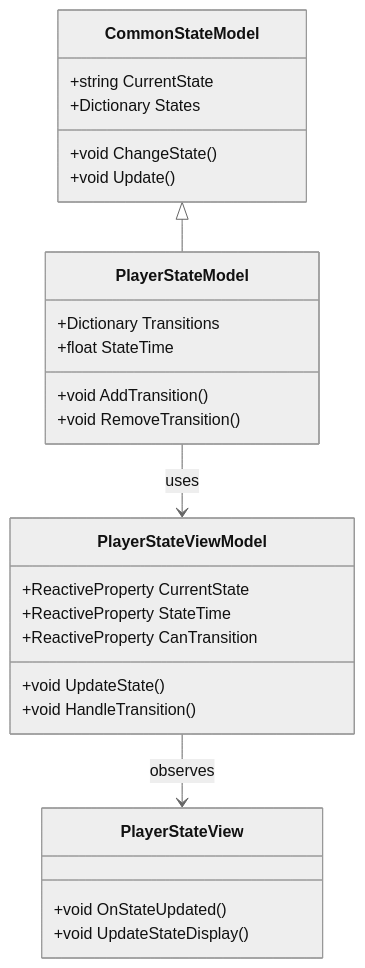
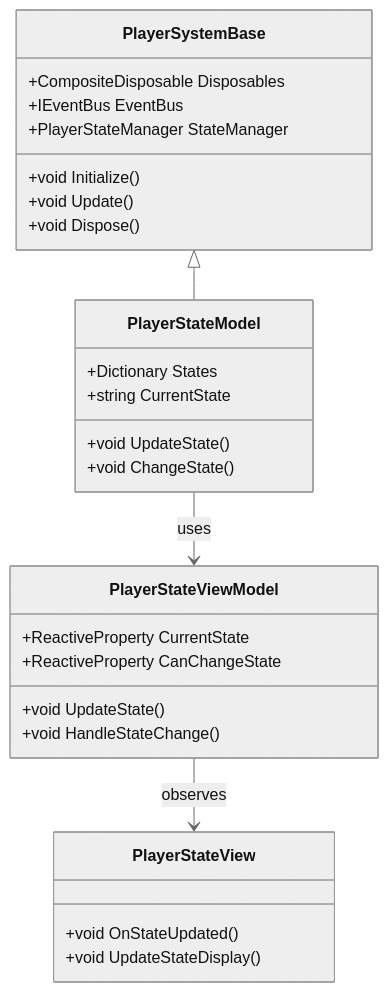
One commit to nel2116/GodotGame changed the first of 2 diagrams in Docs/10_CoreDocs/12_Architecture/12_03_detailed_design/02_systems/01_player_system/05_state_system.md. Above: the diagram before and after it, drawn with Mermaid (neutral theme). The commit also changed other lines of this file and 5 other files, not shown here.

````diff
--- a/Docs/10_CoreDocs/12_Architecture/12_03_detailed_design/02_systems/01_player_system/05_state_system.md
+++ b/Docs/10_CoreDocs/12_Architecture/12_03_detailed_design/02_systems/01_player_system/05_state_system.md
@@ -51,33 +52,34 @@
 ```mermaid
 classDiagram
-    class CommonStateModel {
-        +string CurrentState
-        +Dictionary<string, State> States
-        +void ChangeState()
+    class PlayerSystemBase {
+        +CompositeDisposable Disposables
+        +IEventBus EventBus
+        +PlayerStateManager StateManager
+        +void Initialize()
         +void Update()
+        +void Dispose()
     }
 
     class PlayerStateModel {
-        +Dictionary<string, StateTransition> Transitions
-        +float StateTime
-        +void AddTransition()
-        +void RemoveTransition()
+        +Dictionary<string, State> States
+        +string CurrentState
+        +void UpdateState()
+        +void ChangeState()
     }
 
     class PlayerStateViewModel {
         +ReactiveProperty<string> CurrentState
-        +ReactiveProperty<float> StateTime
-        +ReactiveProperty<bool> CanTransition
+        +ReactiveProperty<bool> CanChangeState
         +void UpdateState()
-        +void HandleTransition()
+        +void HandleStateChange()
     }
 
     class PlayerStateView {
         +void OnStateUpdated()
         +void UpdateStateDisplay()
     }
 
-    CommonStateModel <|-- PlayerStateModel
+    PlayerSystemBase <|-- PlayerStateModel
     PlayerStateModel --> PlayerStateViewModel : uses
     PlayerStateViewModel --> PlayerStateView : observes
 ```
````
